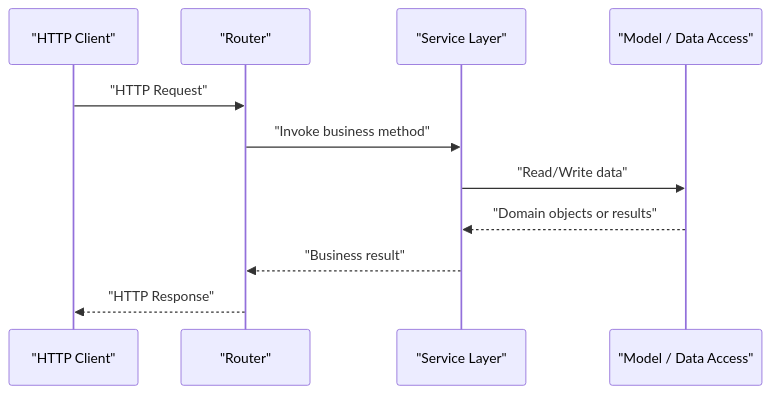
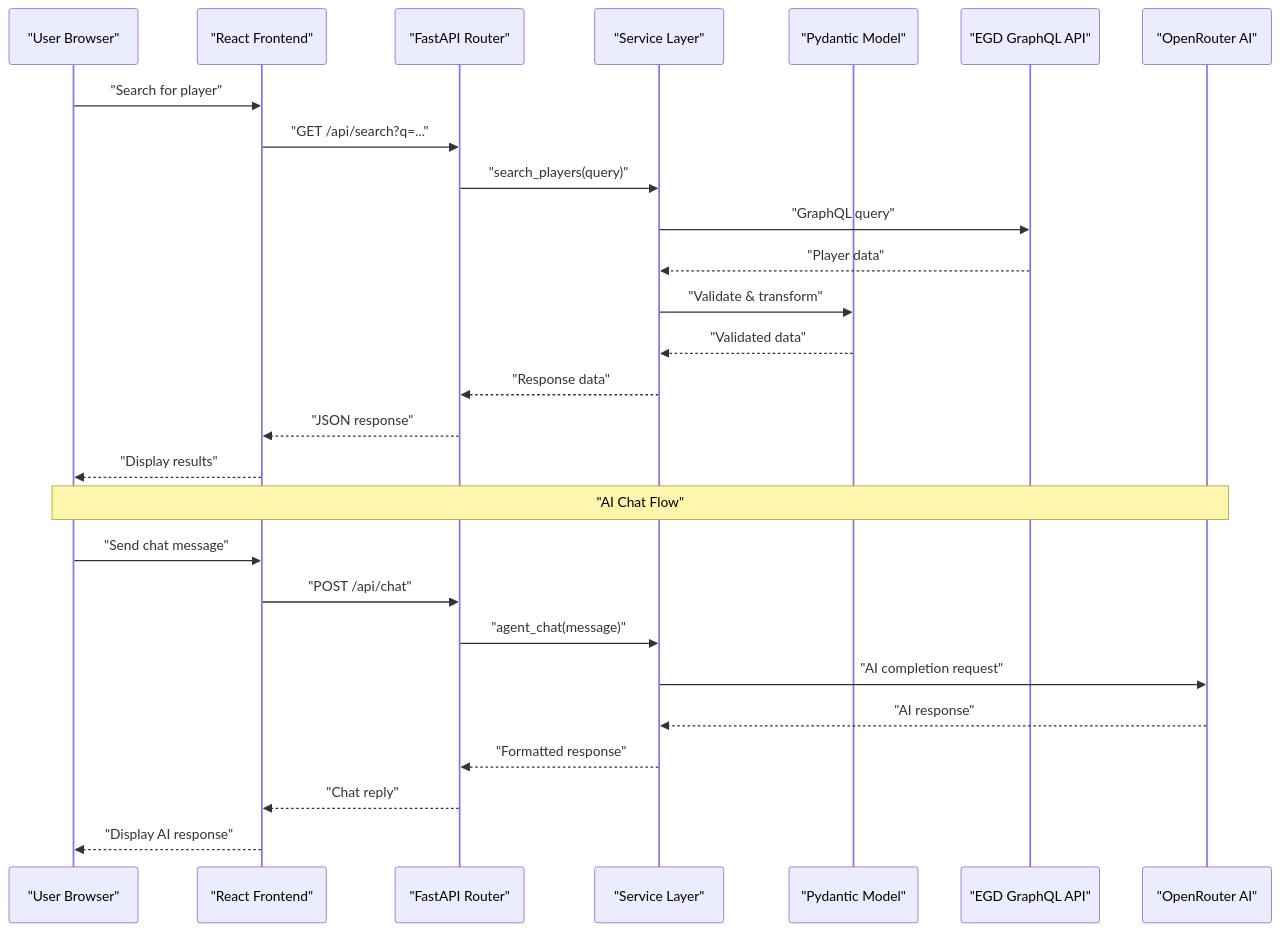
The second of 3 diagrams in .qoder/repowiki/en/content/Project Overview.md (Ragnar1999/GoNow), drawn with Mermaid before and after one commit. The commit also changed other lines of this file and 6 other files, not shown here.

````diff
--- a/.qoder/repowiki/en/content/Project Overview.md
+++ b/.qoder/repowiki/en/content/Project Overview.md
@@ -66,13 +114,29 @@
 ```mermaid
 sequenceDiagram
-participant Client as "HTTP Client"
-participant Router as "Router"
+participant User as "User Browser"
+participant React as "React Frontend"
+participant Router as "FastAPI Router"
 participant Service as "Service Layer"
-participant Model as "Model / Data Access"
-Client->>Router : "HTTP Request"
-Router->>Service : "Invoke business method"
-Service->>Model : "Read/Write data"
-Model-->>Service : "Domain objects or results"
-Service-->>Router : "Business result"
-Router-->>Client : "HTTP Response"
+participant Model as "Pydantic Model"
+participant EGD as "EGD GraphQL API"
+participant OpenRouter as "OpenRouter AI"
+User->>React : "Search for player"
+React->>Router : "GET /api/search?q=..."
+Router->>Service : "search_players(query)"
+Service->>EGD : "GraphQL query"
+EGD-->>Service : "Player data"
+Service->>Model : "Validate & transform"
+Model-->>Service : "Validated data"
+Service-->>Router : "Response data"
+Router-->>React : "JSON response"
+React-->>User : "Display results"
+Note over User,OpenRouter : "AI Chat Flow"
+User->>React : "Send chat message"
+React->>Router : "POST /api/chat"
+Router->>Service : "agent_chat(message)"
+Service->>OpenRouter : "AI completion request"
+OpenRouter-->>Service : "AI response"
+Service-->>Router : "Formatted response"
+Router-->>React : "Chat reply"
+React-->>User : "Display AI response"
 ```
````
